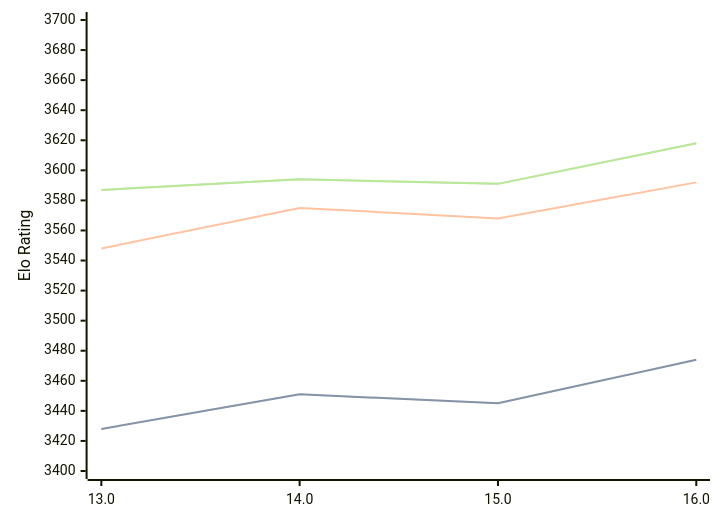
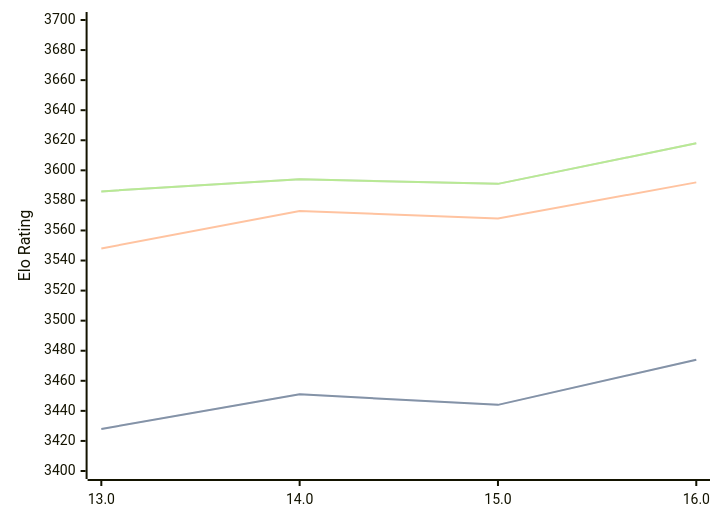
The diagram in engines/Obsidian.md (computer-chess-index/cci), drawn with Mermaid before and after one commit. The commit also changed other lines of this file, not shown here.

Commit message:
Update CCI Ratings (ELO VLTC) - 2026-04-28

````diff
--- a/engines/Obsidian.md
+++ b/engines/Obsidian.md
@@ -43,11 +43,11 @@
 ```mermaid
 %%{init: {"theme":"base","themeVariables":{"seriesColors:['#a3a3a3','#222221','#faa371']}}}%%
 xychart-beta
   x-axis ["13.0", "14.0", "15.0", "16.0"]
   y-axis "Elo Rating" 3400 --> 3700
-  line "STC (8.0+0.08s)" [3428, 3451, 3445, 3474]
-  line "STC (8.0+0.08s)" [3428, 3451, 3445, 3474]
-  line "LTC (60.0+0.60s)" [3548, 3575, 3568, 3592]
-  line "VLTC (2m24s+1.12s)" [3587, 3594, 3591, 3618]
-  line "VLTC (2m24s+1.12s)" [3587, 3594, 3591, 3618]
+  line "STC (8.0+0.08s)" [3428, 3451, 3444, 3474]
+  line "STC (8.0+0.08s)" [3428, 3451, 3444, 3474]
+  line "LTC (60.0+0.60s)" [3548, 3573, 3568, 3592]
+  line "VLTC (2m24s+1.12s)" [3586, 3594, 3591, 3618]
+  line "VLTC (2m24s+1.12s)" [3586, 3594, 3591, 3618]
 ```
````
